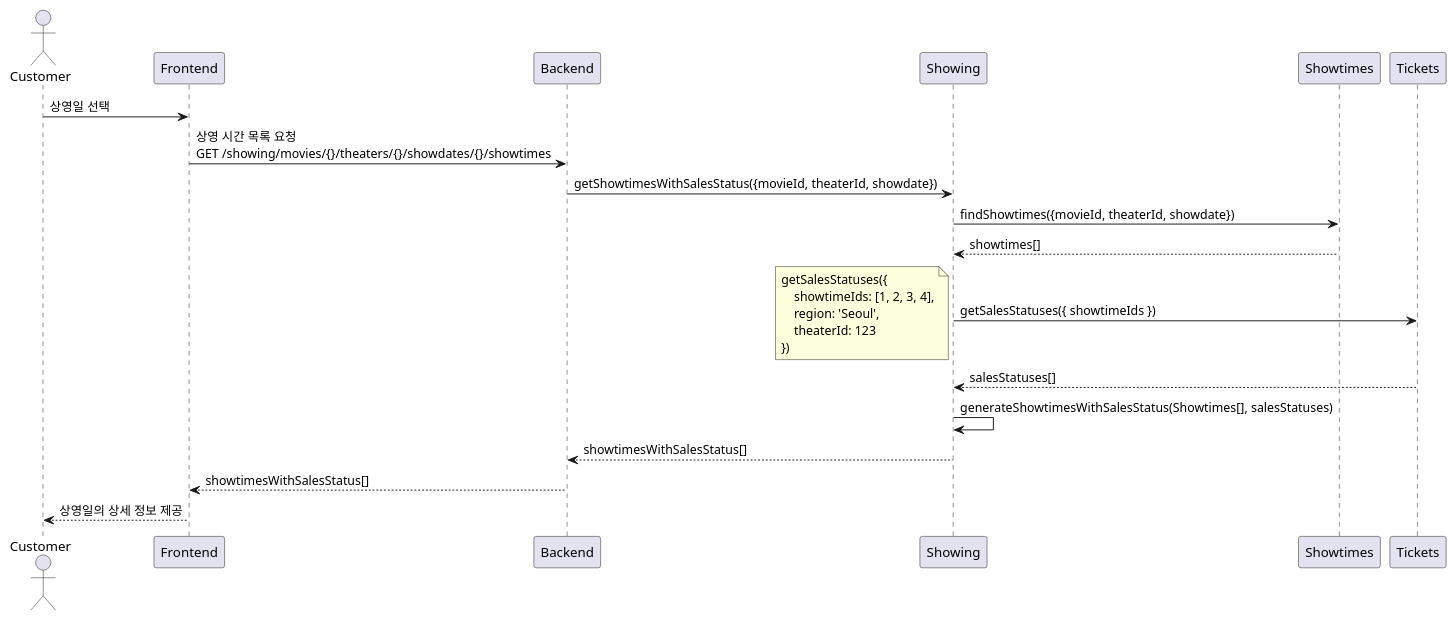
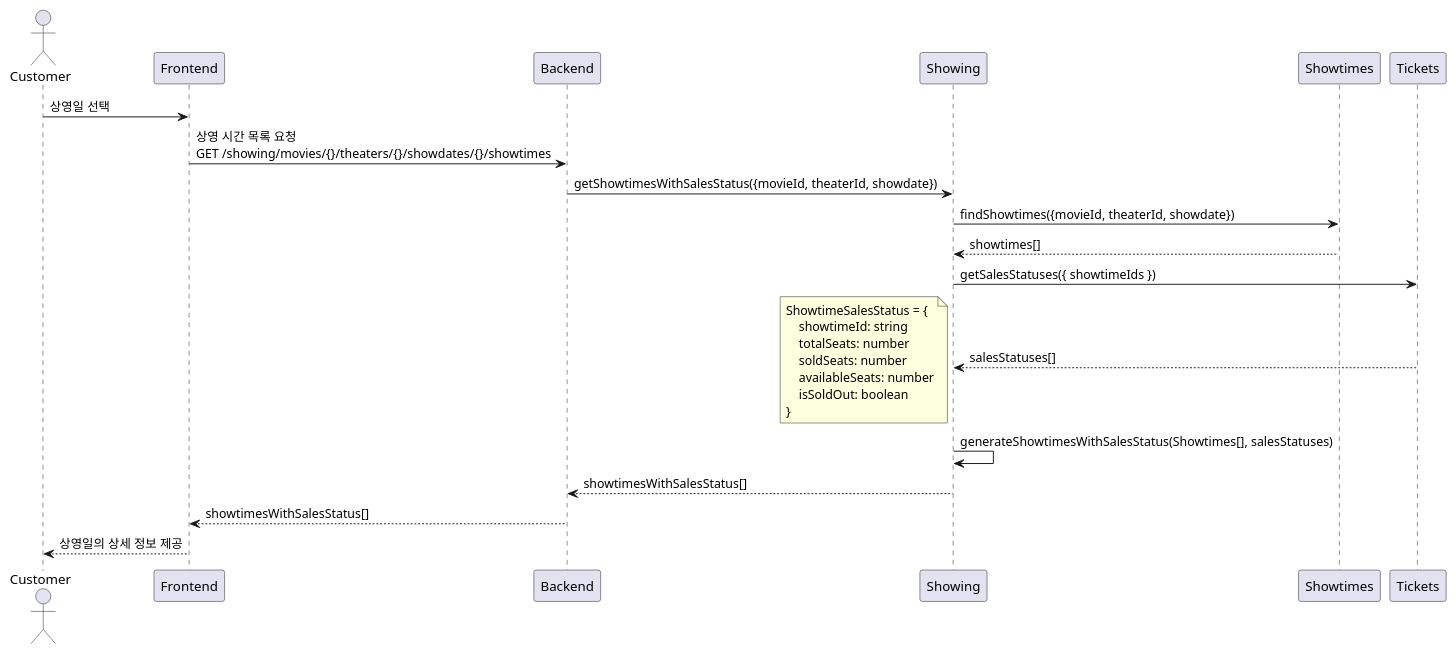
Before and after one commit to hunjuly/nest-seed: the fourth of 6 diagrams in docs/tickets-purchase.md, drawn with PlantUML.

````diff
--- a/docs/tickets-purchase.md
+++ b/docs/tickets-purchase.md
@@ -130,24 +130,26 @@
 ```plantuml
 @startuml
 actor Customer
 
 Customer -> Frontend : 상영일 선택
     Frontend -> Backend : 상영 시간 목록 요청\nGET /showing/movies/{}/theaters/{}/showdates/{}/showtimes
         Backend -> Showing: getShowtimesWithSalesStatus({movieId, theaterId, showdate})
             Showing -> Showtimes: findShowtimes({movieId, theaterId, showdate})
             Showing <-- Showtimes: showtimes[]
             Showing -> Tickets: getSalesStatuses({ showtimeIds })
+            Showing <-- Tickets: salesStatuses[]
             note left
-            getSalesStatuses({
-                showtimeIds: [1, 2, 3, 4],
-                region: 'Seoul',
-                theaterId: 123
-            })
+            ShowtimeSalesStatus = {
+                showtimeId: string
+                totalSeats: number
+                soldSeats: number
+                availableSeats: number
+                isSoldOut: boolean
+            }
             end note
-            Showing <-- Tickets: salesStatuses[]
             Showing -> Showing: generateShowtimesWithSalesStatus(Showtimes[], salesStatuses)
         Backend <-- Showing: showtimesWithSalesStatus[]
     Frontend <-- Backend : showtimesWithSalesStatus[]
 Customer <-- Frontend : 상영일의 상세 정보 제공
 @enduml
 ```
````
